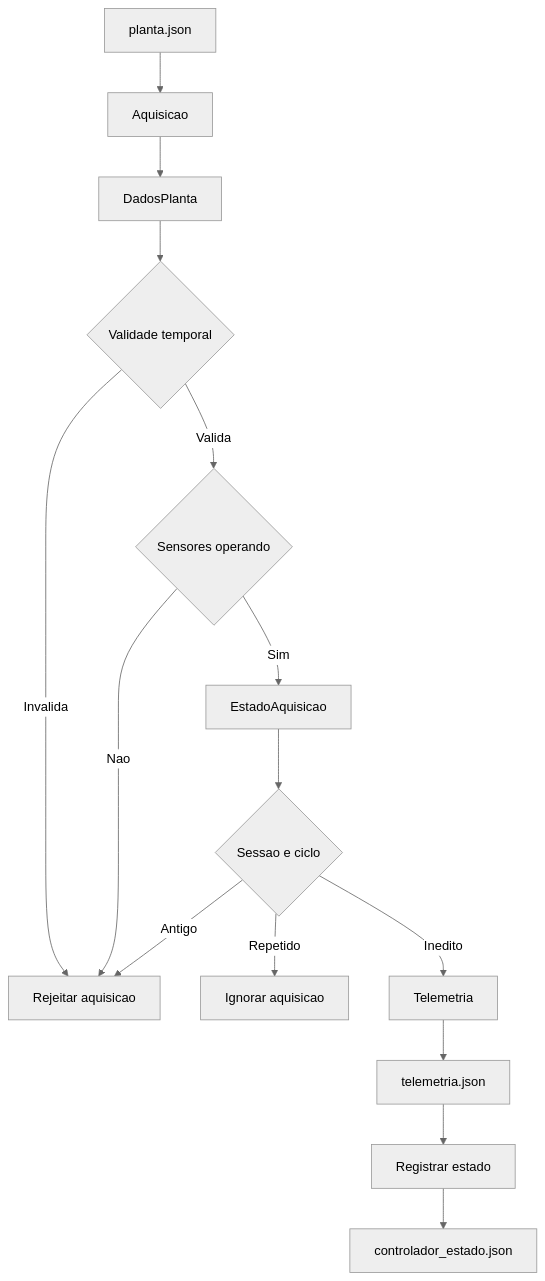
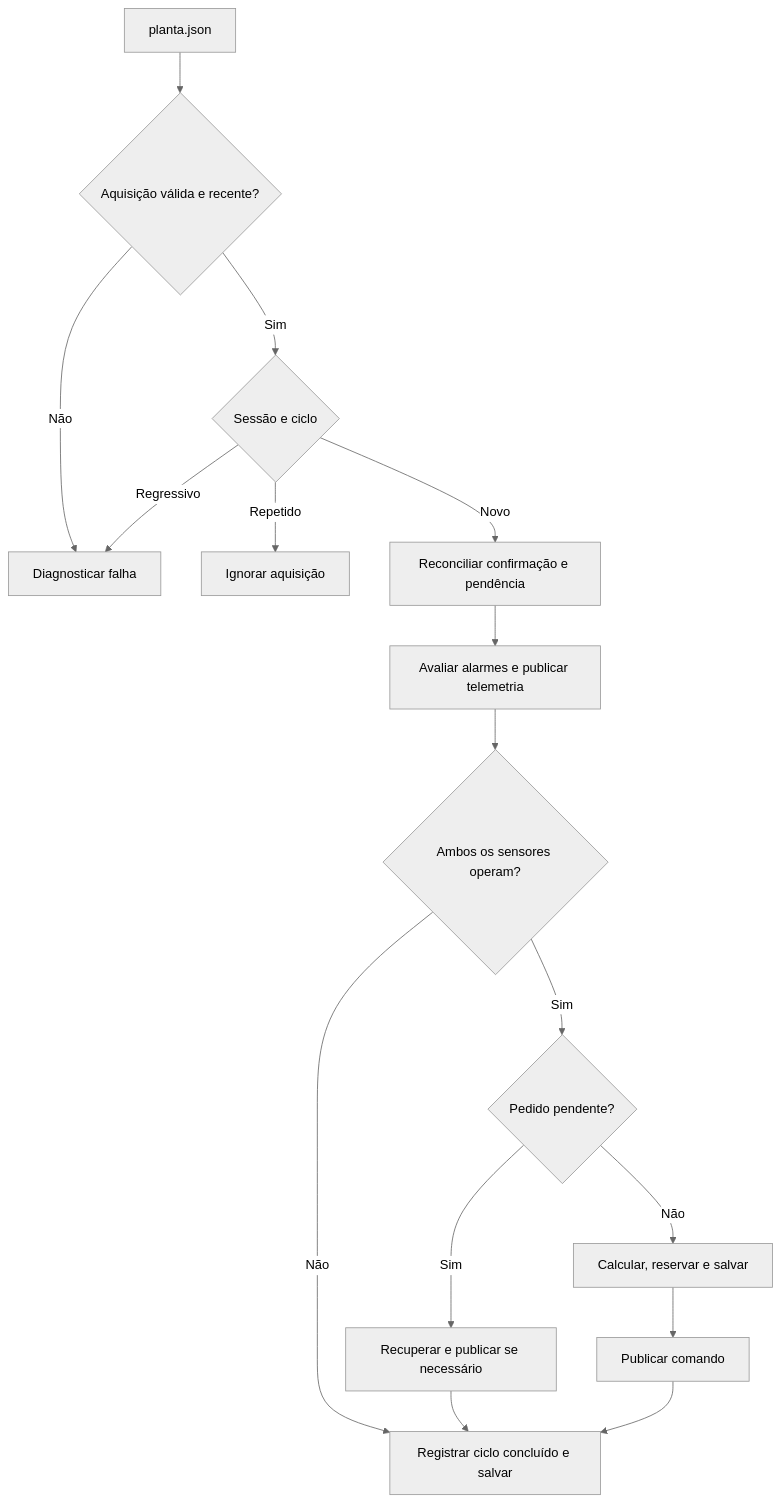
One commit to vnrochag/poo-planta-controle changed the second of 2 diagrams in docs/ARQUITETURA.md. Above: the diagram before and after it, drawn with Mermaid (neutral theme). The commit also changed other lines of this file and 25 other files, not shown here.

````diff
--- a/docs/ARQUITETURA.md
+++ b/docs/ARQUITETURA.md
@@ -274,17 +351,18 @@
 ```mermaid
 flowchart TD
-    A[planta.json] --> B[Aquisicao]
-    B --> C[DadosPlanta]
-    C --> D{Validade temporal}
-    D -->|Invalida| X[Rejeitar aquisicao]
-    D -->|Valida| E{Sensores operando}
-    E -->|Nao| X
-    E -->|Sim| F[EstadoAquisicao]
-    F --> G{Sessao e ciclo}
-    G -->|Repetido| H[Ignorar aquisicao]
-    G -->|Antigo| X
-    G -->|Inedito| I[Telemetria]
-    I --> J[telemetria.json]
-    J --> K[Registrar estado]
-    K --> L[controlador_estado.json]
+    A["planta.json"] --> B{"Aquisição válida e recente?"}
+    B -->|Não| X["Diagnosticar falha"]
+    B -->|Sim| C{"Sessão e ciclo"}
+    C -->|Repetido| H["Ignorar aquisição"]
+    C -->|Regressivo| X
+    C -->|Novo| D["Reconciliar confirmação e pendência"]
+    D --> E["Avaliar alarmes e publicar telemetria"]
+    E --> F{"Ambos os sensores operam?"}
+    F -->|Não| K["Registrar ciclo concluído e salvar"]
+    F -->|Sim| G{"Pedido pendente?"}
+    G -->|Sim| J["Recuperar e publicar se necessário"]
+    G -->|Não| I["Calcular, reservar e salvar"]
+    I --> L["Publicar comando"]
+    J --> K
+    L --> K
 ```
````
